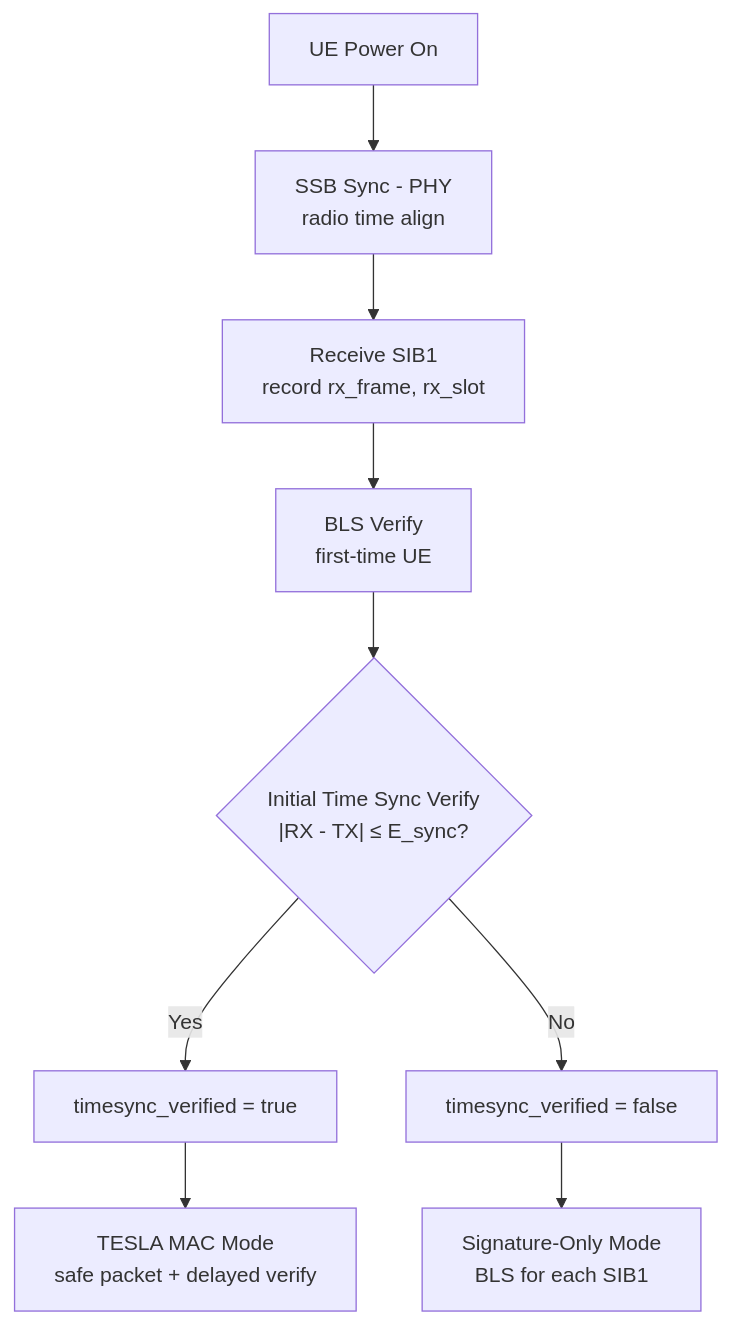
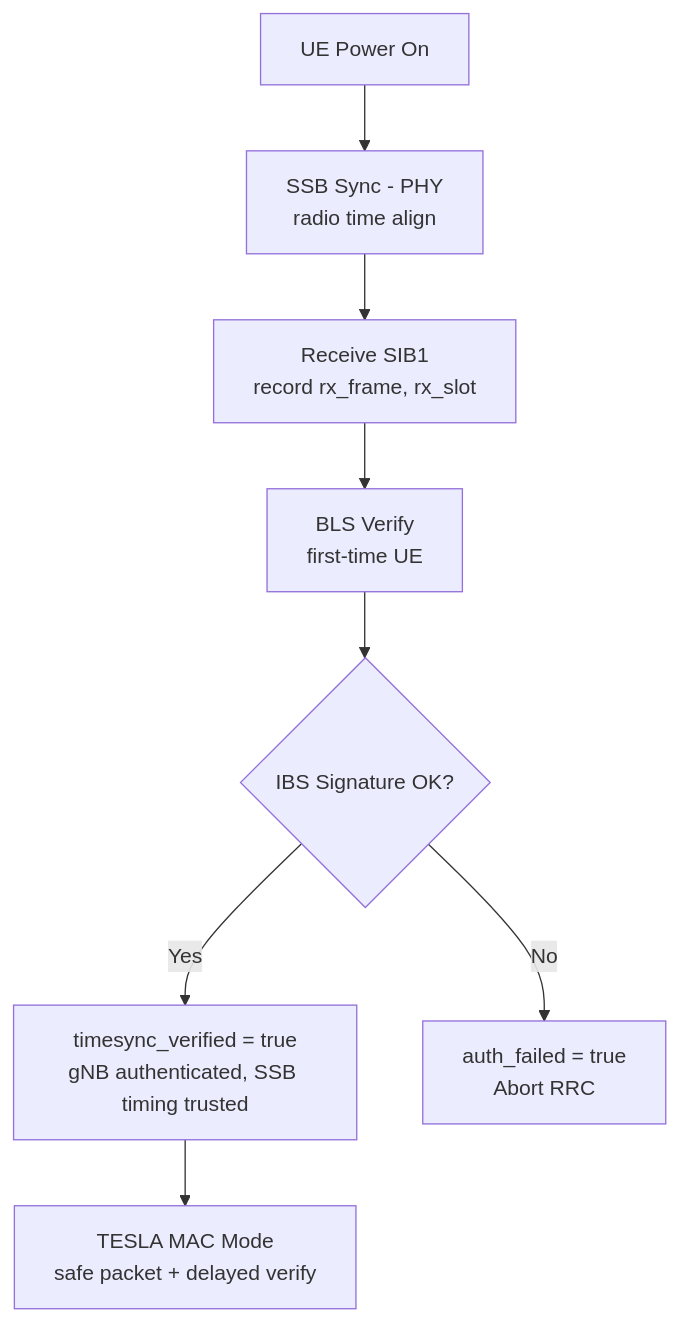
One commit to ssubinsong/oai-tf5 changed the diagram in doc-tf5/time-sync.md. Above: the diagram before and after it, drawn with Mermaid. The commit also changed other lines of this file and 6 other files, not shown here.

````diff
--- a/doc-tf5/time-sync.md
+++ b/doc-tf5/time-sync.md
@@ -282,11 +277,10 @@
 ```mermaid
 flowchart TD
     A[UE Power On] --> B[SSB Sync - PHY<br/>radio time align]
     B --> C[Receive SIB1<br/>record rx_frame, rx_slot]
     C --> D[BLS Verify<br/>first-time UE]
-    D --> E{Initial Time Sync Verify<br/>#124;RX - TX#124; ≤ E_sync?}
-    E -->|Yes| F[timesync_verified = true]
-    E -->|No| G[timesync_verified = false]
+    D --> E{IBS Signature OK?}
+    E -->|Yes| F[timesync_verified = true<br/>gNB authenticated, SSB timing trusted]
+    E -->|No| G[auth_failed = true<br/>Abort RRC]
     F --> H[TESLA MAC Mode<br/>safe packet + delayed verify]
-    G --> I[Signature-Only Mode<br/>BLS for each SIB1]
 ```
````
